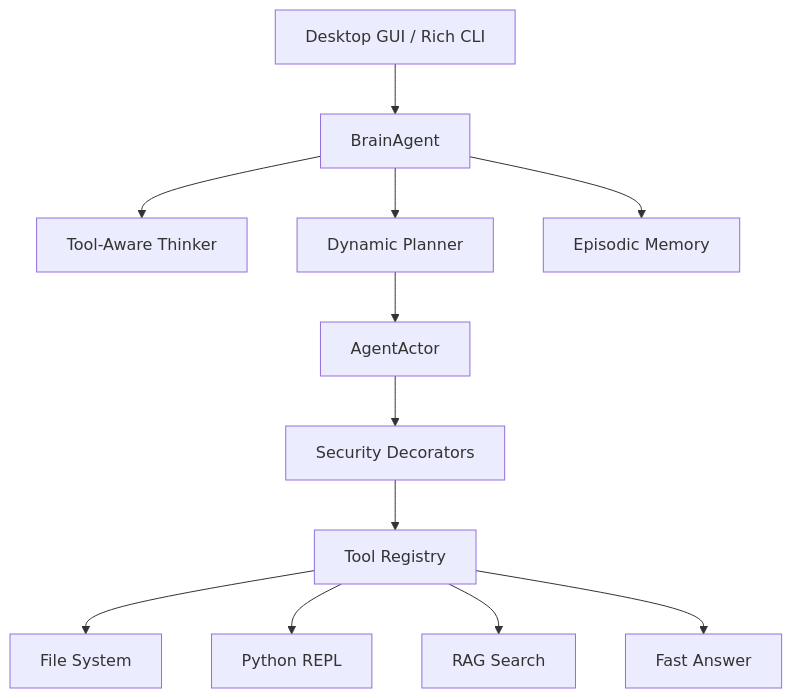
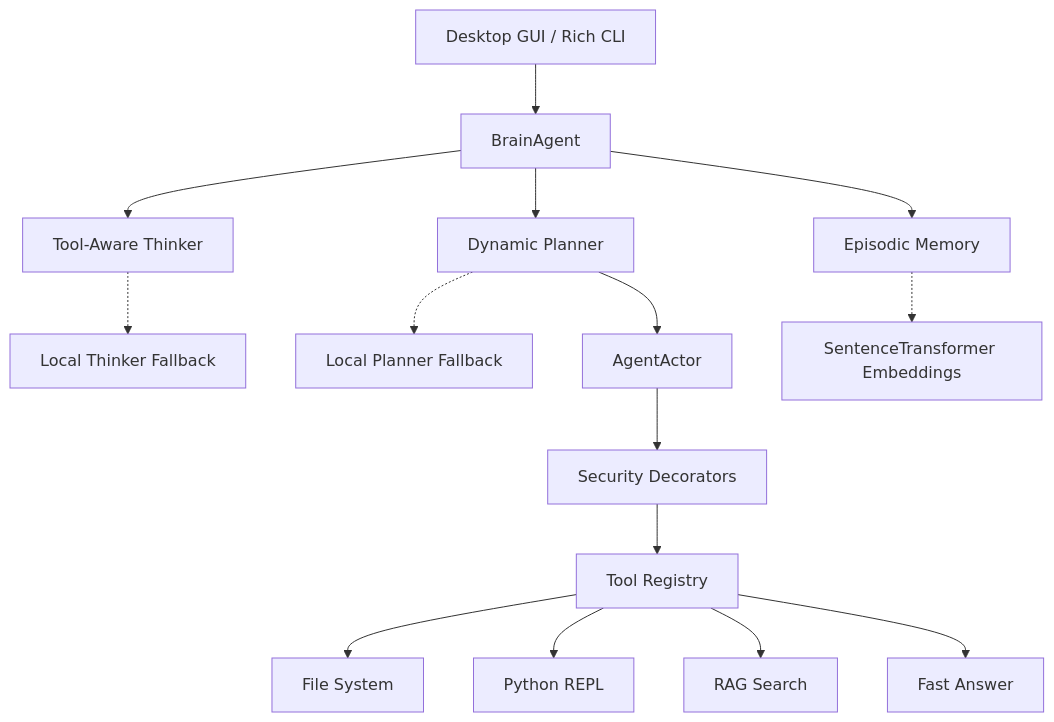
The diagram in README.md (blackeagle686/MyAgent), drawn with Mermaid before and after one commit. The commit also changed other lines of this file, not shown here.

````diff
--- a/README.md
+++ b/README.md
@@ -46,16 +46,20 @@
 ```mermaid
 graph TD
     UI[Desktop GUI / Rich CLI] --> Agent[BrainAgent]
     Agent --> Thinker[Tool-Aware Thinker]
     Agent --> Planner[Dynamic Planner]
     Agent --> Memory[Episodic Memory]
+    
+    Thinker -.-> LocalThink[Local Thinker Fallback]
+    Planner -.-> LocalPlan[Local Planner Fallback]
+    Memory -.-> LocalEmbed[SentenceTransformer Embeddings]
     
     Planner --> Actor[AgentActor]
     Actor --> Security[Security Decorators]
     Security --> Tools[Tool Registry]
     
     Tools --> FST[File System]
     Tools --> REPL[Python REPL]
     Tools --> SRCH[RAG Search]
     Tools --> FAST[Fast Answer]
 ```
````
